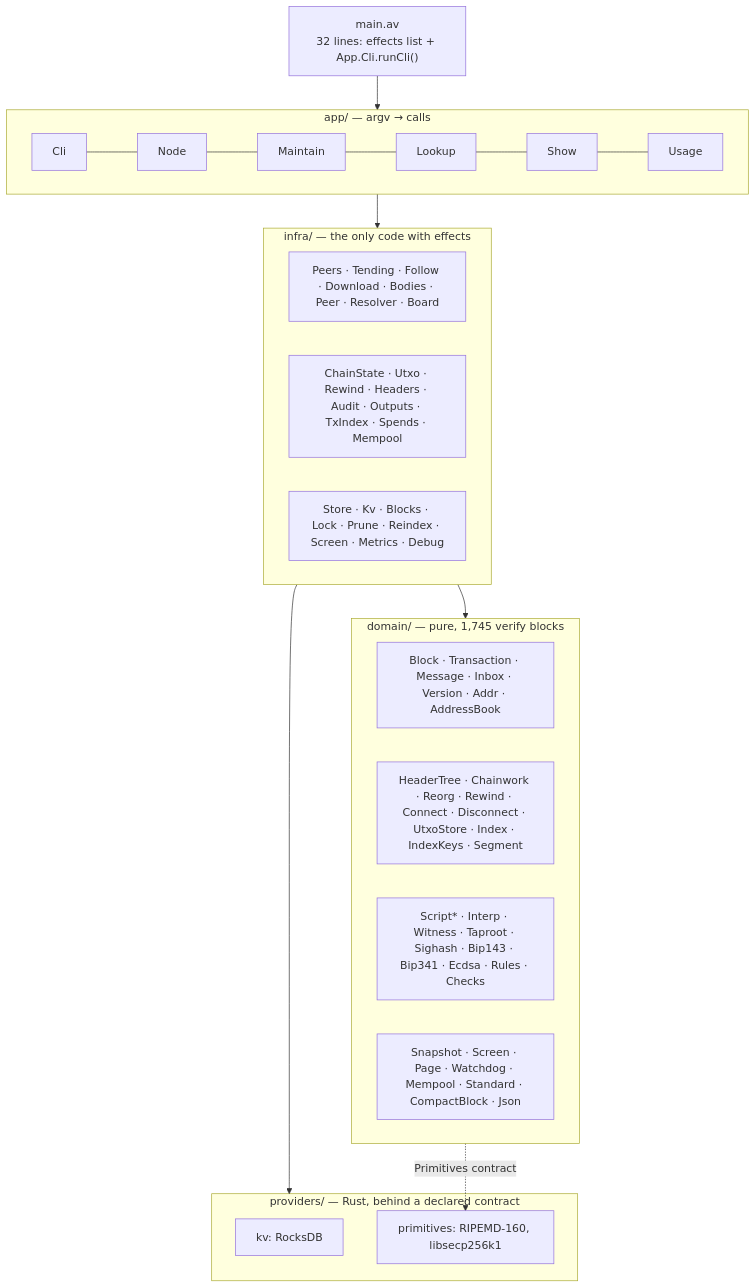
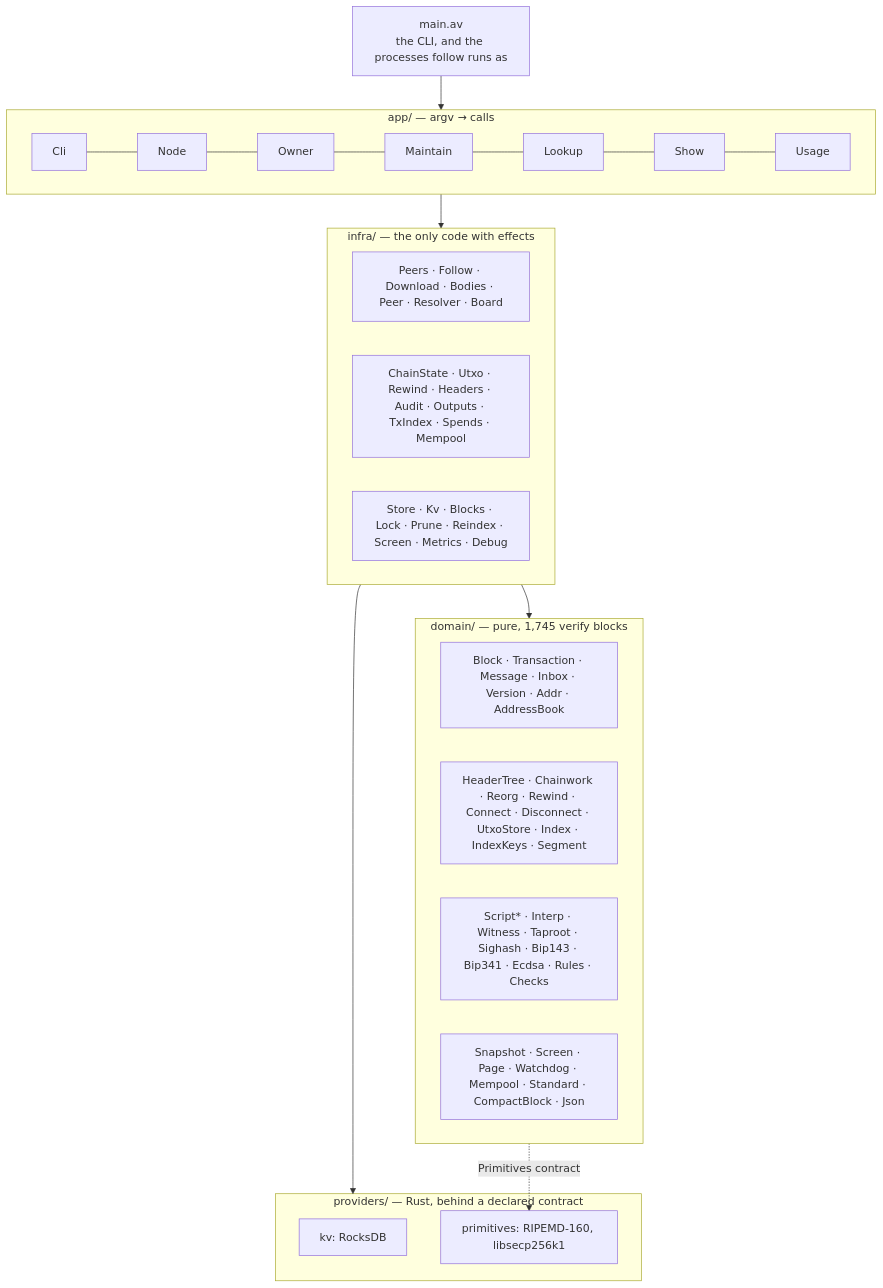
The first of 7 diagrams in docs/architecture.md (jasisz/btc-listener), drawn with Mermaid before and after one commit. The commit also changed other lines of this file and 3 other files, not shown here.

Commit message:
Describe the processes follow runs as where the documents described the hand-written loop

````diff
--- a/docs/architecture.md
+++ b/docs/architecture.md
@@ -39,25 +39,25 @@
 ```mermaid
 flowchart TB
-    main["main.av<br/>32 lines: effects list + App.Cli.runCli()"]
+    main["main.av<br/>the CLI, and the processes follow runs as"]
     subgraph app ["app/ — argv → calls"]
-        cli["Cli"] --- node["Node"] --- maintain["Maintain"] --- lookup["Lookup"] --- show["Show"] --- usage["Usage"]
+        cli["Cli"] --- node["Node"] --- owner["Owner"] --- maintain["Maintain"] --- lookup["Lookup"] --- show["Show"] --- usage["Usage"]
     end
     subgraph infra ["infra/ — the only code with effects"]
-        peers["Peers · Tending · Follow · Download · Bodies · Peer · Resolver · Board"]
+        peers["Peers · Follow · Download · Bodies · Peer · Resolver · Board"]
         state["ChainState · Utxo · Rewind · Headers · Audit · Outputs · TxIndex · Spends · Mempool"]
         store["Store · Kv · Blocks · Lock · Prune · Reindex · Screen · Metrics · Debug"]
     end
     subgraph domain ["domain/ — pure, 1,745 verify blocks"]
         d1["Block · Transaction · Message · Inbox · Version · Addr · AddressBook"]
         d2["HeaderTree · Chainwork · Reorg · Rewind · Connect · Disconnect · UtxoStore · Index · IndexKeys · Segment"]
         d3["Script* · Interp · Witness · Taproot · Sighash · Bip143 · Bip341 · Ecdsa · Rules · Checks"]
         d4["Snapshot · Screen · Page · Watchdog · Mempool · Standard · CompactBlock · Json"]
     end
     subgraph providers ["providers/ — Rust, behind a declared contract"]
         kv["kv: RocksDB"]
         prim["primitives: RIPEMD-160, libsecp256k1"]
     end
     main --> app --> infra --> domain
     infra --> providers
     domain -. "Primitives contract" .-> prim
 ```
````
